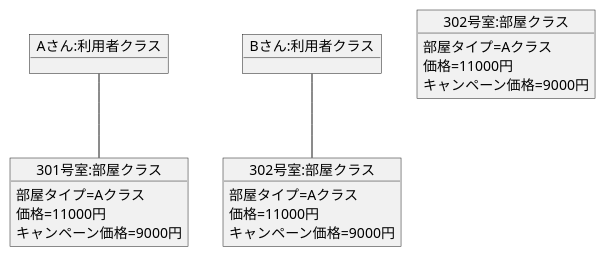
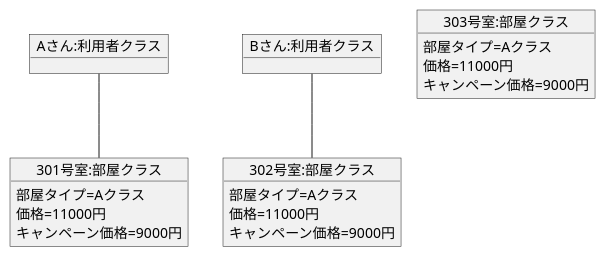
The diagram in 演習3-5_OBJ_ホテル宿泊予約.pu (Skypeace8585/uml-introduction), drawn with PlantUML before and after one commit.

```diff
--- a/演習3-5_OBJ_ホテル宿泊予約.pu
+++ b/演習3-5_OBJ_ホテル宿泊予約.pu
@@ -1,25 +1,25 @@
 @startuml 3-5
 object "Aさん:利用者クラス" as Aさん{
 
 }
 object "Bさん:利用者クラス" as Bさん{
 
 }
 object "301号室:部屋クラス" as 301号室{
     部屋タイプ=Aクラス
     価格=11000円
     キャンペーン価格=9000円
 }
 object "302号室:部屋クラス" as 302号室{
     部屋タイプ=Aクラス
     価格=11000円
     キャンペーン価格=9000円
 }
-object "302号室:部屋クラス" as 303号室{
+object "303号室:部屋クラス" as 303号室{
     部屋タイプ=Aクラス
     価格=11000円
     キャンペーン価格=9000円
 }
 Aさん--301号室
 Bさん--302号室
 @enduml
```
